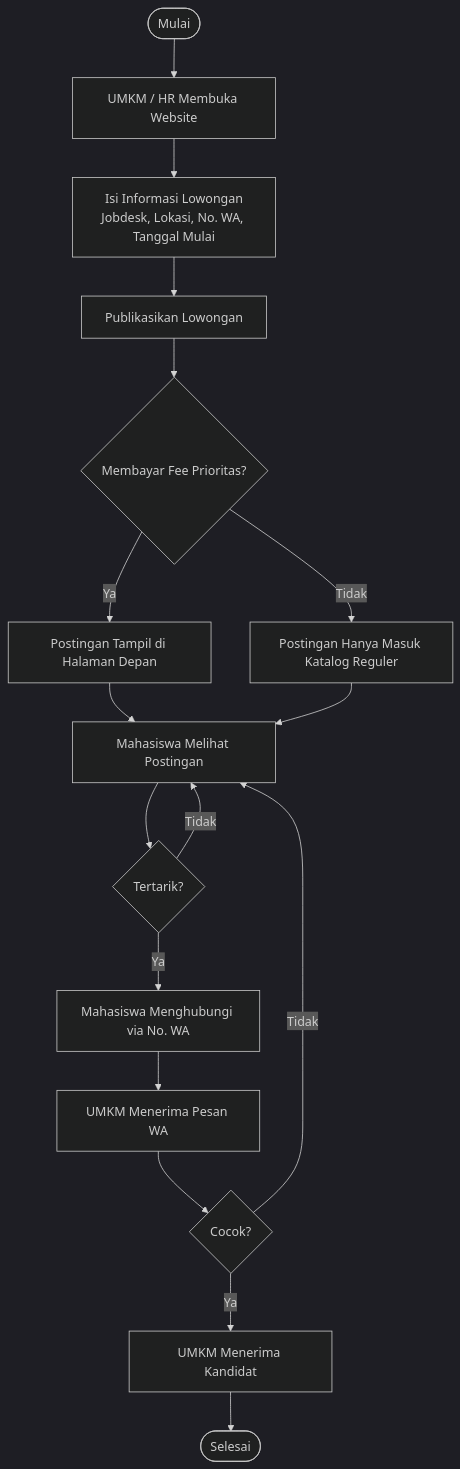
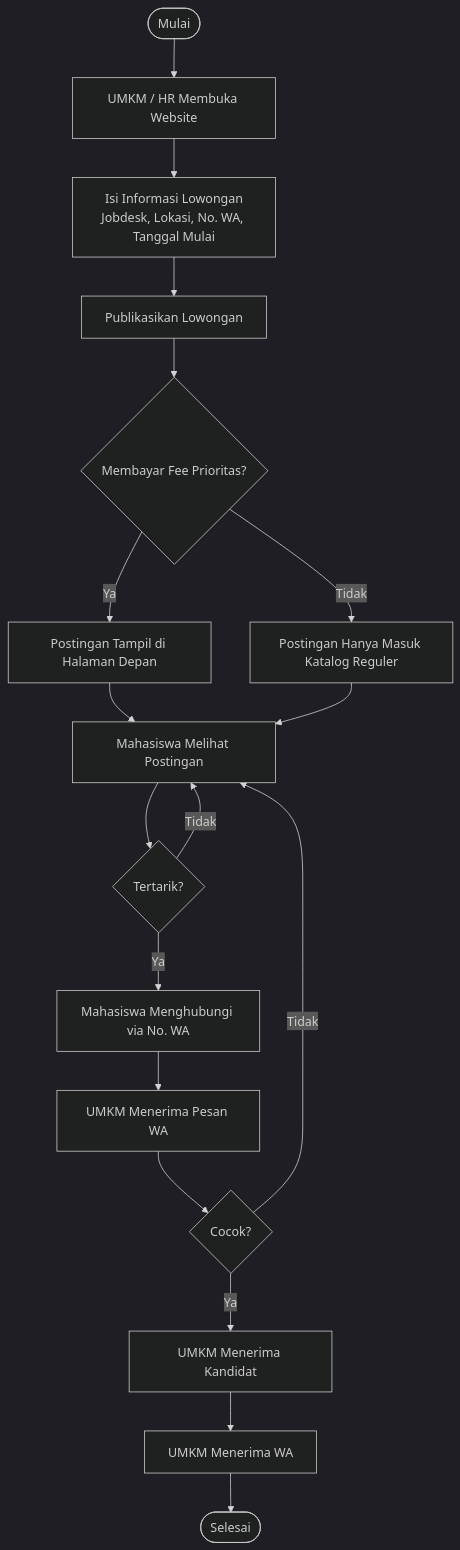
The diagram in README.md (SatrioC/umkm-web), drawn with Mermaid (dark theme) before and after one commit. The commit also changed other lines of this file and 1 other file, not shown here.

Commit message:
docs: sesuaikan alur flowchart UMKM menerima kandidat lalu menerima WA

````diff
--- a/README.md
+++ b/README.md
@@ -46,19 +46,20 @@
 ```mermaid
 flowchart TD
   Start([Mulai]) --> OpenWeb[UMKM / HR Membuka Website]
   OpenWeb --> FormJob[Isi Informasi Lowongan\nJobdesk, Lokasi, No. WA, Tanggal Mulai]
   FormJob --> PublishJob[Publikasikan Lowongan]
   PublishJob --> CheckFee{Membayar Fee Prioritas?}
   CheckFee -- Ya --> Frontpage[Postingan Tampil di Halaman Depan]
   CheckFee -- Tidak --> Catalog[Postingan Hanya Masuk Katalog Reguler]
   Frontpage --> StudentBrowse[Mahasiswa Melihat Postingan]
   Catalog --> StudentBrowse
   StudentBrowse --> Interested{Tertarik?}
   Interested -- Tidak --> StudentBrowse
   Interested -- Ya --> ContactWA[Mahasiswa Menghubungi via No. WA]
   ContactWA --> UMKMWAReceived[UMKM Menerima Pesan WA]
   UMKMWAReceived --> CandidateMatch{Cocok?}
   CandidateMatch -- Tidak --> StudentBrowse
   CandidateMatch -- Ya --> Accepted[UMKM Menerima Kandidat]
-  Accepted --> Finish([Selesai])
+  Accepted --> ConfirmedWA[UMKM Menerima WA]
+  ConfirmedWA --> Finish([Selesai])
 ```
````
